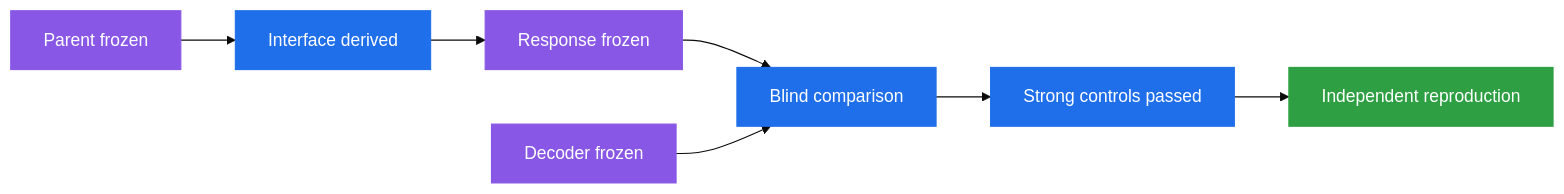
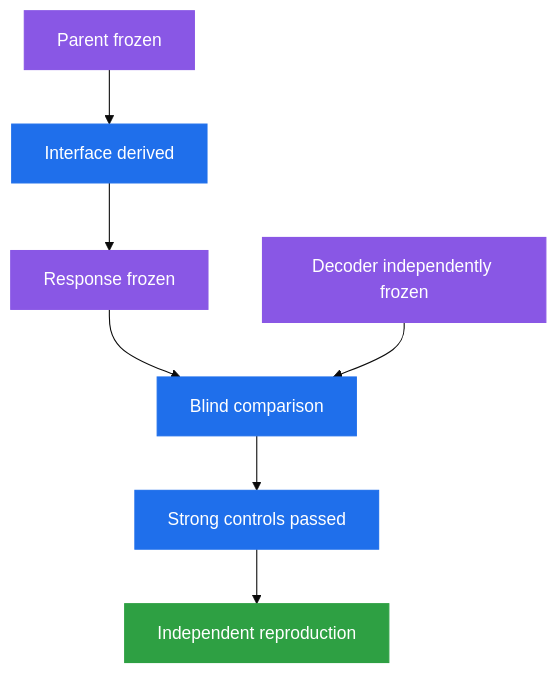
Before and after one commit to cameron467/The-Unbreakable-Law: the fourth of 5 diagrams in Simplified_Framework/WHY_THIS_IS_NOT_A_THEORY_OF_EVERYTHING_YET.md, drawn with Mermaid (base theme). The commit also changed other lines of this file, not shown here.

````diff
--- a/Simplified_Framework/WHY_THIS_IS_NOT_A_THEORY_OF_EVERYTHING_YET.md
+++ b/Simplified_Framework/WHY_THIS_IS_NOT_A_THEORY_OF_EVERYTHING_YET.md
@@ -259,28 +266,28 @@
 ```mermaid
-flowchart LR
+flowchart TB
 
     A["Parent frozen"]
     B["Interface derived"]
     C["Response frozen"]
-    D["Decoder frozen"]
+    D["Decoder independently frozen"]
     E["Blind comparison"]
     F["Strong controls passed"]
     G["Independent reproduction"]
 
     A --> B
     B --> C
     C --> E
 
     D --> E
 
     E --> F
     F --> G
 
     classDef frozen fill:#8957e5,stroke:#8957e5,color:#ffffff;
     classDef test fill:#1f6feb,stroke:#1f6feb,color:#ffffff;
     classDef audit fill:#2ea043,stroke:#2ea043,color:#ffffff;
 
     class A,C,D frozen;
     class B,E,F test;
     class G audit;
 ```
````
